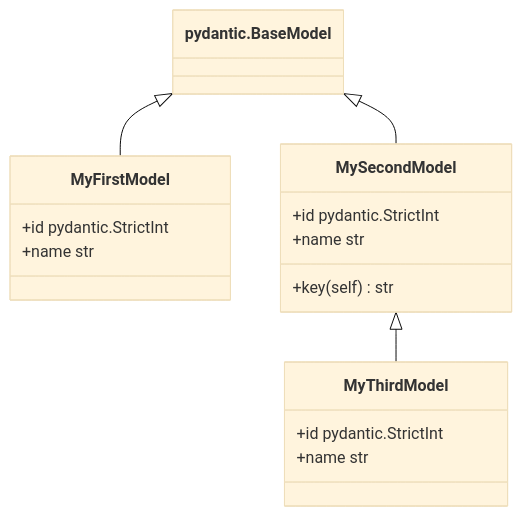
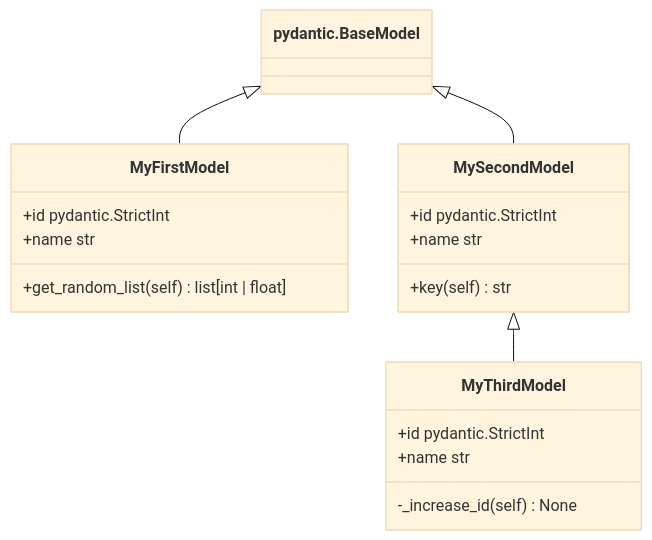
The diagram in examples/test.mmd (rdghosal/nereus), drawn with Mermaid (base theme) before and after one commit. The commit also changed 3 other files, not shown here.

```diff
--- a/examples/test.mmd
+++ b/examples/test.mmd
@@ -1,18 +1,20 @@
 classDiagram
     class `pydantic.BaseModel`
     `pydantic.BaseModel` <|-- MyFirstModel
     class MyFirstModel{
         +id pydantic.StrictInt
         +name str
+        +get_random_list(self) list[int | float]
     }
     `pydantic.BaseModel` <|-- MySecondModel
     class MySecondModel{
         +id pydantic.StrictInt
         +name str
         +key(self) str
     }
     MySecondModel <|-- MyThirdModel
     class MyThirdModel{
         +id pydantic.StrictInt
         +name str
+        -_increase_id(self) None
     }
```
